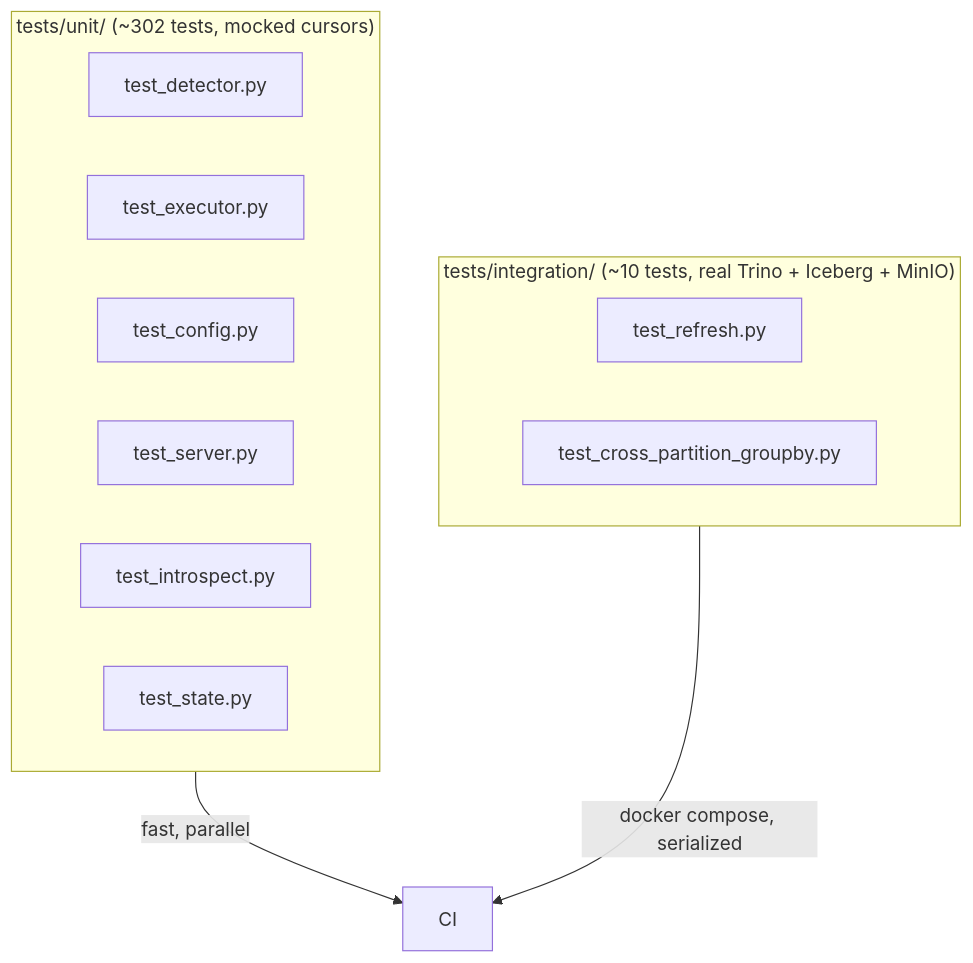
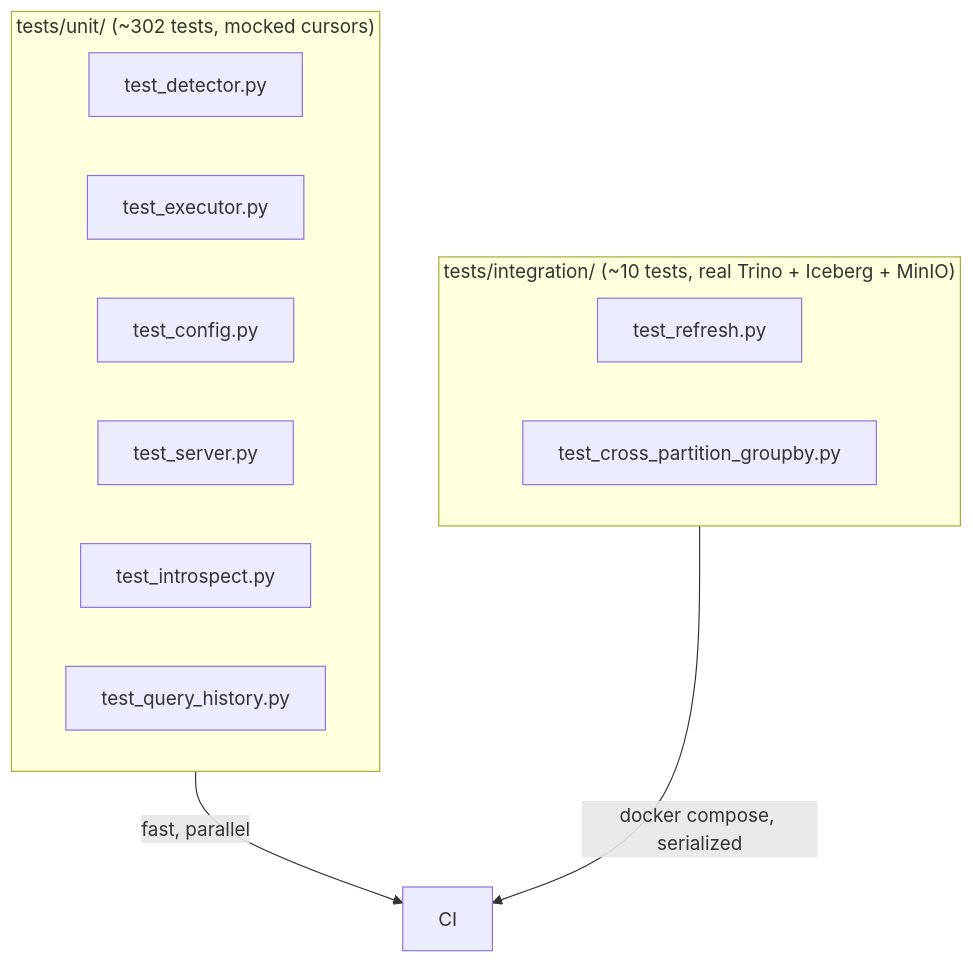
Before and after one commit to jonasbrami/iceberg-ivm: the tenth of 11 diagrams in LEARNING_GUIDE.md, drawn with Mermaid. The commit also changed other lines of this file and 15 other files, not shown here.

````diff
--- a/LEARNING_GUIDE.md
+++ b/LEARNING_GUIDE.md
@@ -404,17 +404,17 @@
 ```mermaid
 flowchart TB
     subgraph Unit["tests/unit/  (~302 tests, mocked cursors)"]
         TD["test_detector.py"]
         TE["test_executor.py"]
         TC["test_config.py"]
         TS["test_server.py"]
         TI["test_introspect.py"]
-        TST["test_state.py"]
+        TQH["test_query_history.py"]
     end
     subgraph Int["tests/integration/  (~10 tests, real Trino + Iceberg + MinIO)"]
         TR["test_refresh.py"]
         TX["test_cross_partition_groupby.py"]
     end
     Unit -->|"fast, parallel"| CI["CI"]
     Int -->|"docker compose, serialized"| CI
 ```
````
